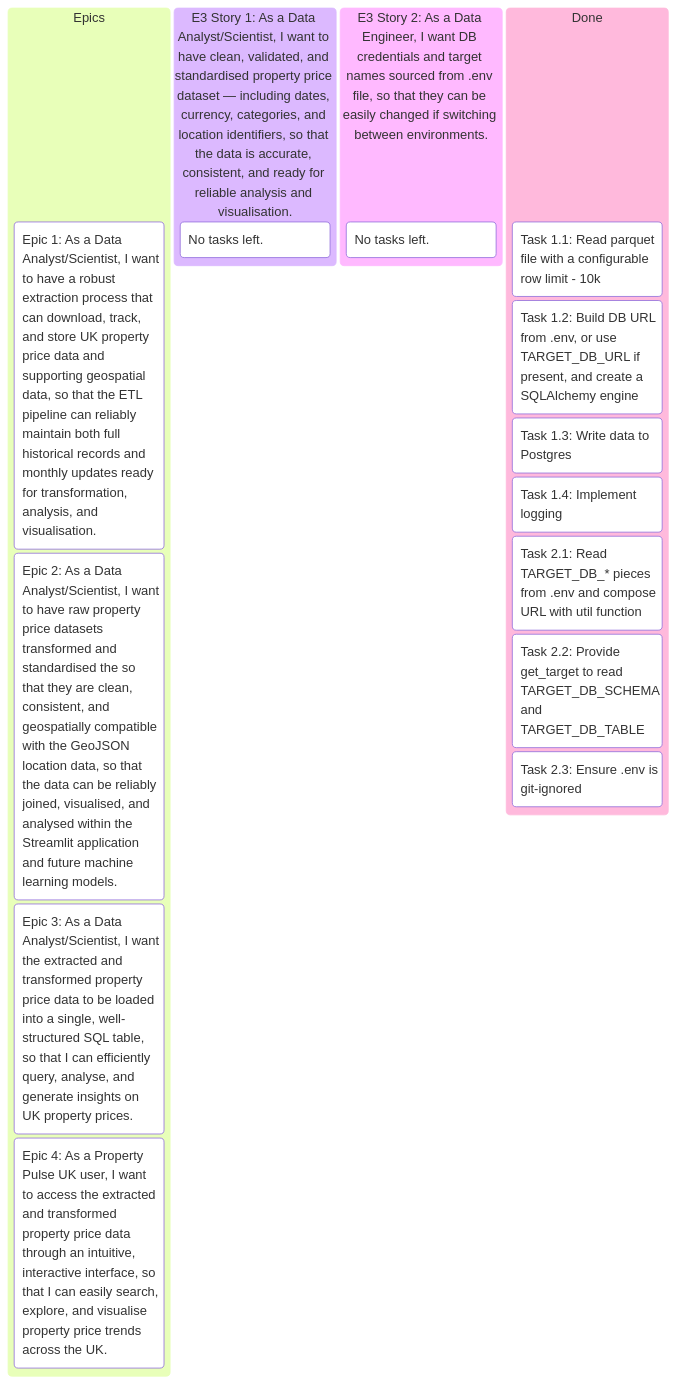
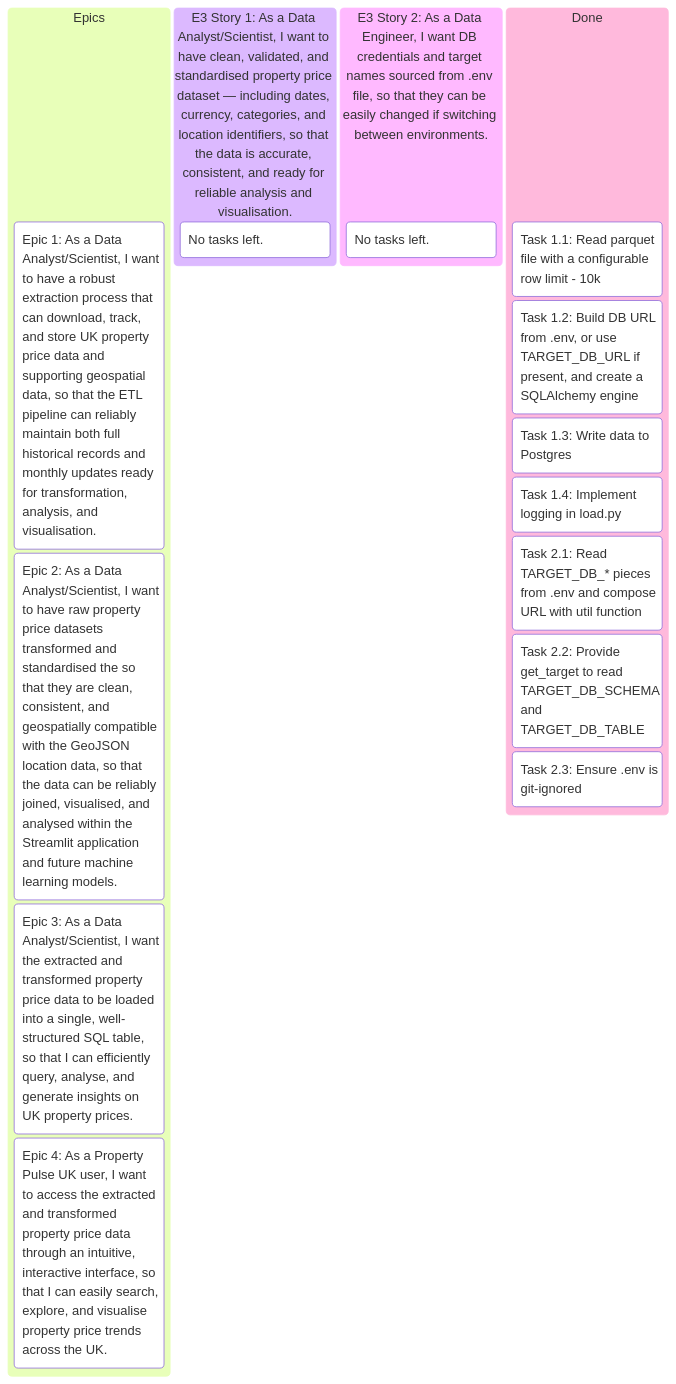
The third of 3 diagrams in README.md (pavlekovic/property-pulse-uk), drawn with Mermaid before and after one commit.

Commit message:
README update

````diff
--- a/README.md
+++ b/README.md
@@ -255,27 +255,27 @@
 ```mermaid
 kanban
     Epics
         (Epic 1: As a Data Analyst/Scientist, I want to have a robust extraction process that can download, track, and store UK property price data and supporting geospatial data, so that the ETL pipeline can reliably maintain both full historical records and monthly updates ready for transformation, analysis, and visualisation.)
 
         (Epic 2: As a Data Analyst/Scientist, I want to have raw property price datasets transformed and standardised the so that they are clean, consistent, and geospatially compatible with the GeoJSON location data, so that the data can be reliably joined, visualised, and analysed within the Streamlit application and future machine learning models.)
 
         (Epic 3: As a Data Analyst/Scientist, I want the extracted and transformed property price data to be loaded into a single, well-structured SQL table, so that I can efficiently query, analyse, and generate insights on UK property prices.)
 
         (Epic 4: As a Property Pulse UK user, I want to access the extracted and transformed property price data through an intuitive, interactive interface, so that I can easily search, explore, and visualise property price trends across the UK.)
 
     (E3 Story 1: As a Data Analyst/Scientist, I want to have clean, validated, and standardised property price dataset — including dates, currency, categories, and location identifiers, so that the data is accurate, consistent, and ready for reliable analysis and visualisation.)
         No tasks left.
 
     (E3 Story 2: As a Data Engineer, I want DB credentials and target names sourced from .env file, so that they can be easily changed if switching between environments.)
         No tasks left.
 
     Done
         Task 1.1: Read parquet file with a configurable row limit - 10k
         Task 1.2: Build DB URL from .env, or use TARGET_DB_URL if present, and create a SQLAlchemy engine
         Task 1.3: Write data to Postgres
-        Task 1.4: Implement logging
+        Task 1.4: Implement logging in load.py
         Task 2.1: Read TARGET_DB_* pieces from .env and compose URL with util function
         Task 2.2: Provide get_target to read TARGET_DB_SCHEMA and TARGET_DB_TABLE
         Task 2.3: Ensure .env is git-ignored
         
 ```
````
